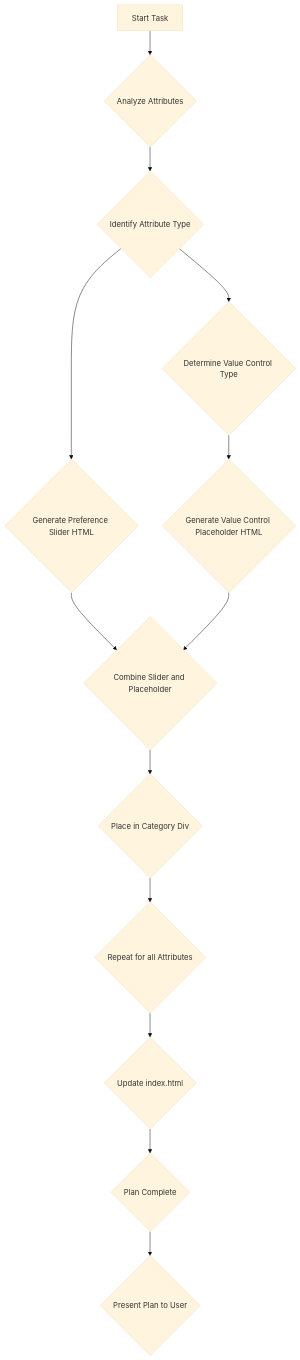
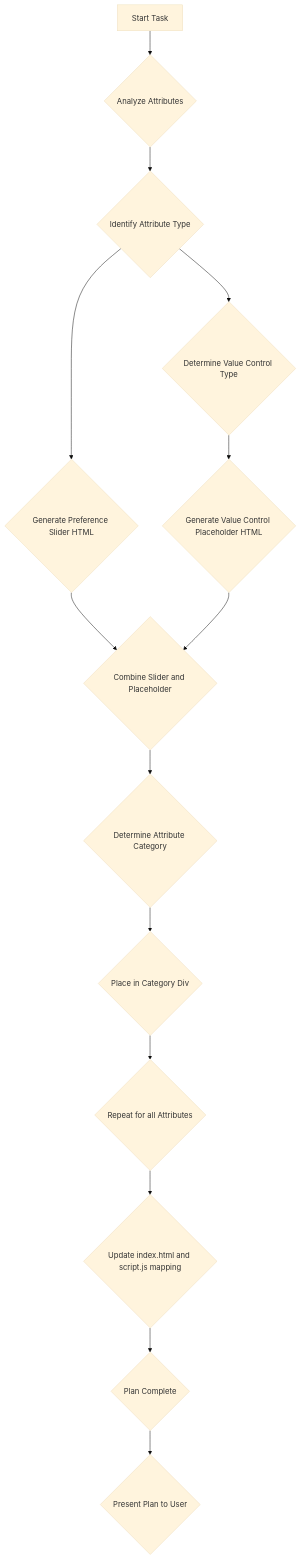
The diagram in docs/FilterImplementationPlan.md (James-Cherished-Inc/DistroChooser), drawn with Mermaid (base theme) before and after one commit. The commit also changed other lines of this file and 9 other files, not shown here.

````diff
--- a/docs/FilterImplementationPlan.md
+++ b/docs/FilterImplementationPlan.md
@@ -64,15 +64,16 @@
 ```mermaid
 graph TD
     A[Start Task] --> B{Analyze Attributes};
     B --> C{Identify Attribute Type};
     C --> D{Generate Preference Slider HTML};
     C --> E{Determine Value Control Type};
     E --> F{Generate Value Control Placeholder HTML};
     D --> G{Combine Slider and Placeholder};
     F --> G{Combine Slider and Placeholder};
-    G --> H{Place in Category Div};
-    H --> I{Repeat for all Attributes};
-    I --> J{Update index.html};
-    J --> K{Plan Complete};
-    K --> L{Present Plan to User};
+    G --> H{Determine Attribute Category};
+    H --> I{Place in Category Div};
+    I --> J{Repeat for all Attributes};
+    J --> K{Update index.html and script.js mapping};
+    K --> L{Plan Complete};
+    L --> M{Present Plan to User};
 ```
````
